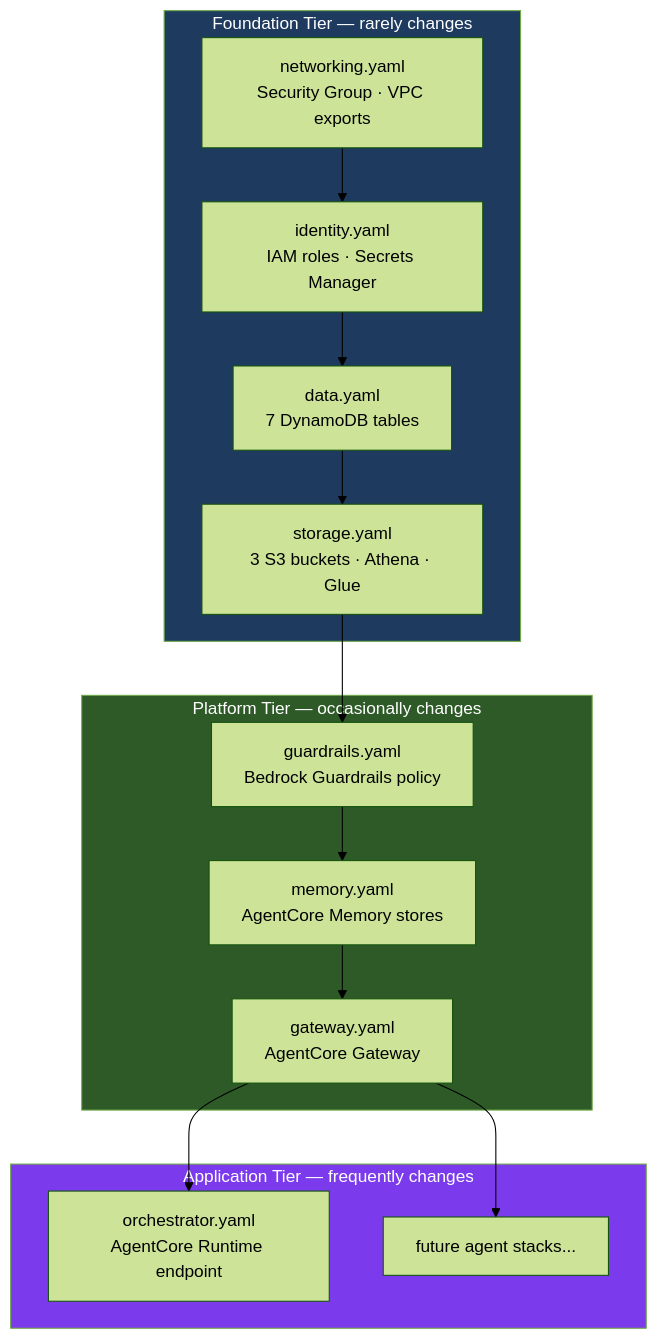
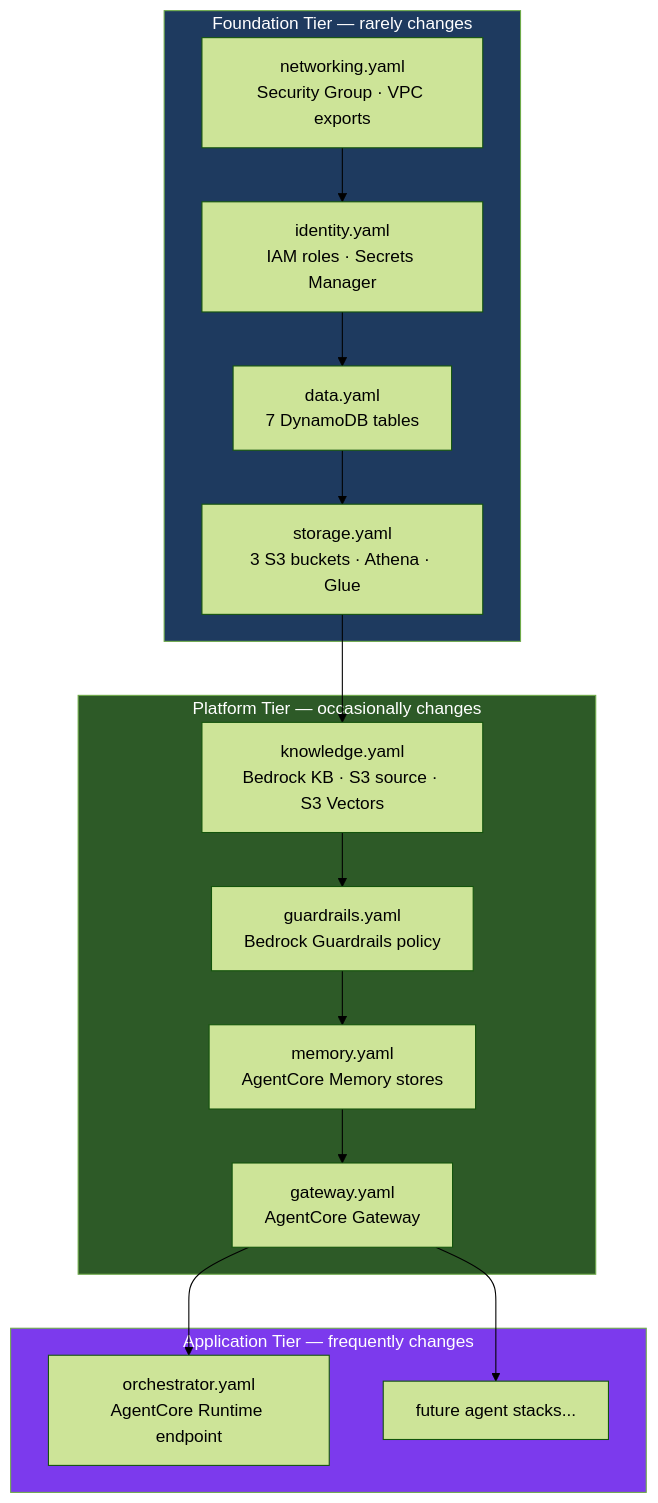
One commit to IIAXSISII/ace-agent changed the fifth of 5 diagrams in README.md. Above: the diagram before and after it, drawn with Mermaid (forest theme). The commit also changed other lines of this file and 23 other files, not shown here.

````diff
--- a/README.md
+++ b/README.md
@@ -312,29 +312,30 @@
 ```mermaid
 flowchart TD
     subgraph Foundation["Foundation Tier — rarely changes"]
         NET[networking.yaml<br/>Security Group · VPC exports]
         ID[identity.yaml<br/>IAM roles · Secrets Manager]
         DATA[data.yaml<br/>7 DynamoDB tables]
         STOR[storage.yaml<br/>3 S3 buckets · Athena · Glue]
     end
 
     subgraph Platform["Platform Tier — occasionally changes"]
+        KB_STACK[knowledge.yaml<br/>Bedrock KB · S3 source · S3 Vectors]
         GRD[guardrails.yaml<br/>Bedrock Guardrails policy]
         MEM[memory.yaml<br/>AgentCore Memory stores]
         GW[gateway.yaml<br/>AgentCore Gateway]
     end
 
     subgraph Application["Application Tier — frequently changes"]
         ORCH_STACK[orchestrator.yaml<br/>AgentCore Runtime endpoint]
         FUTURE_AGENTS[future agent stacks...]
     end
 
     NET --> ID --> DATA --> STOR
-    STOR --> GRD --> MEM --> GW
+    STOR --> KB_STACK --> GRD --> MEM --> GW
     GW --> ORCH_STACK
     GW --> FUTURE_AGENTS
 
     style Foundation fill:#1e3a5f,color:#fff
     style Platform fill:#2d5a27,color:#fff
     style Application fill:#7c3aed,color:#fff
 ```
````
